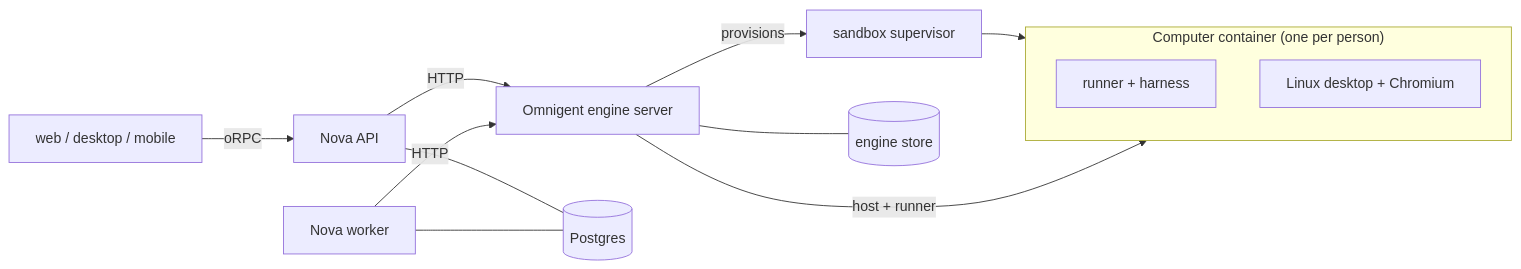
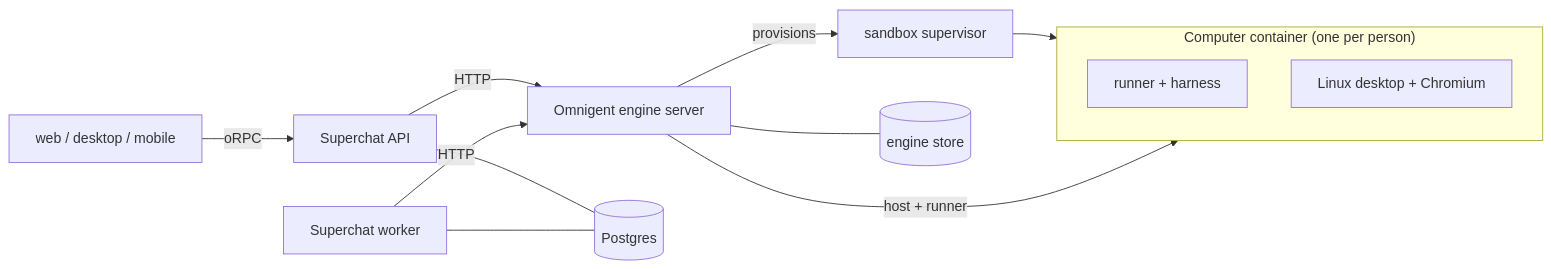
Before and after one commit to routifai/bot-grok: the diagram in README.md, drawn with Mermaid. The commit also changed other lines of this file and 1365 other files, not shown here.

````diff
--- a/README.md
+++ b/README.md
@@ -50,16 +50,16 @@
 ```mermaid
 flowchart LR
-  apps["web / desktop / mobile"] -- oRPC --> api["Nova API"]
+  apps["web / desktop / mobile"] -- oRPC --> api["Superchat API"]
   api -- HTTP --> engine["Omnigent engine server"]
   engine -- "provisions" --> sup["sandbox supervisor"]
   sup --> box
   engine -- "host + runner" --> box
   subgraph box["Computer container (one per person)"]
     runner["runner + harness"]
     desk["Linux desktop + Chromium"]
   end
   api --- pg[(Postgres)]
   engine --- pg2[(engine store)]
-  worker["Nova worker"] --- pg
+  worker["Superchat worker"] --- pg
   worker -- HTTP --> engine
 ```
````
